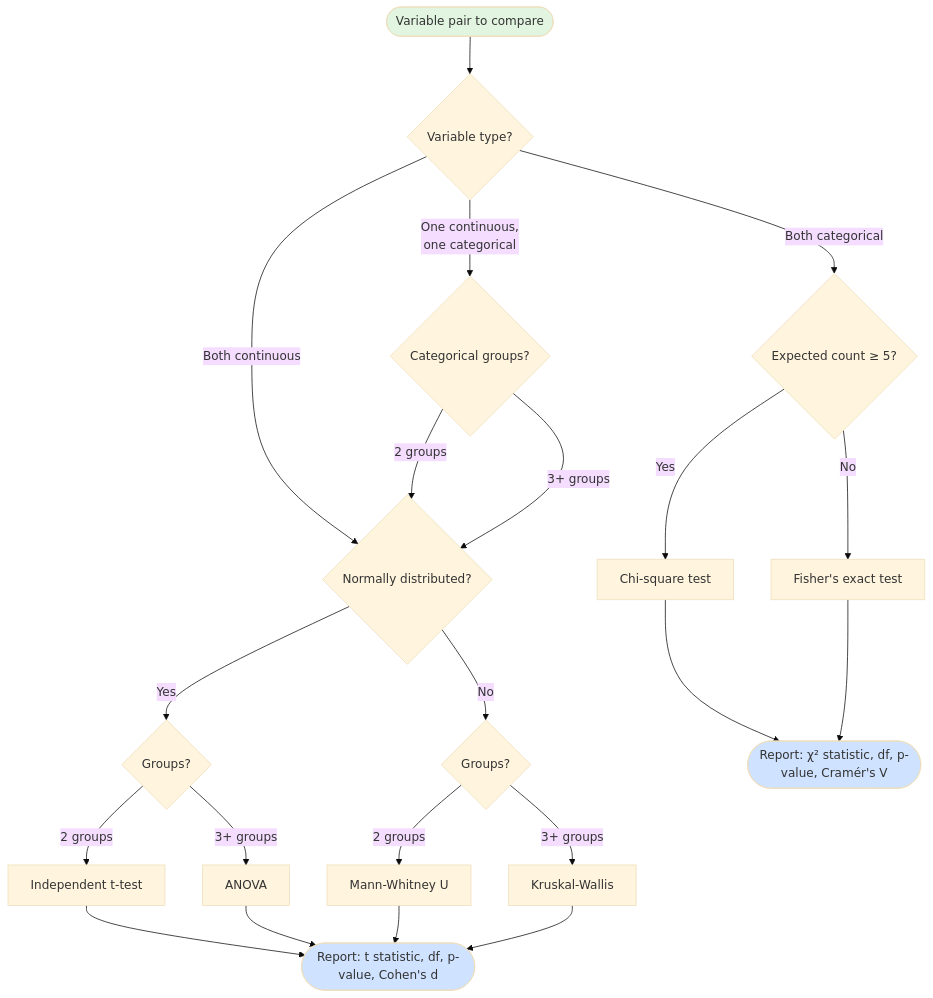
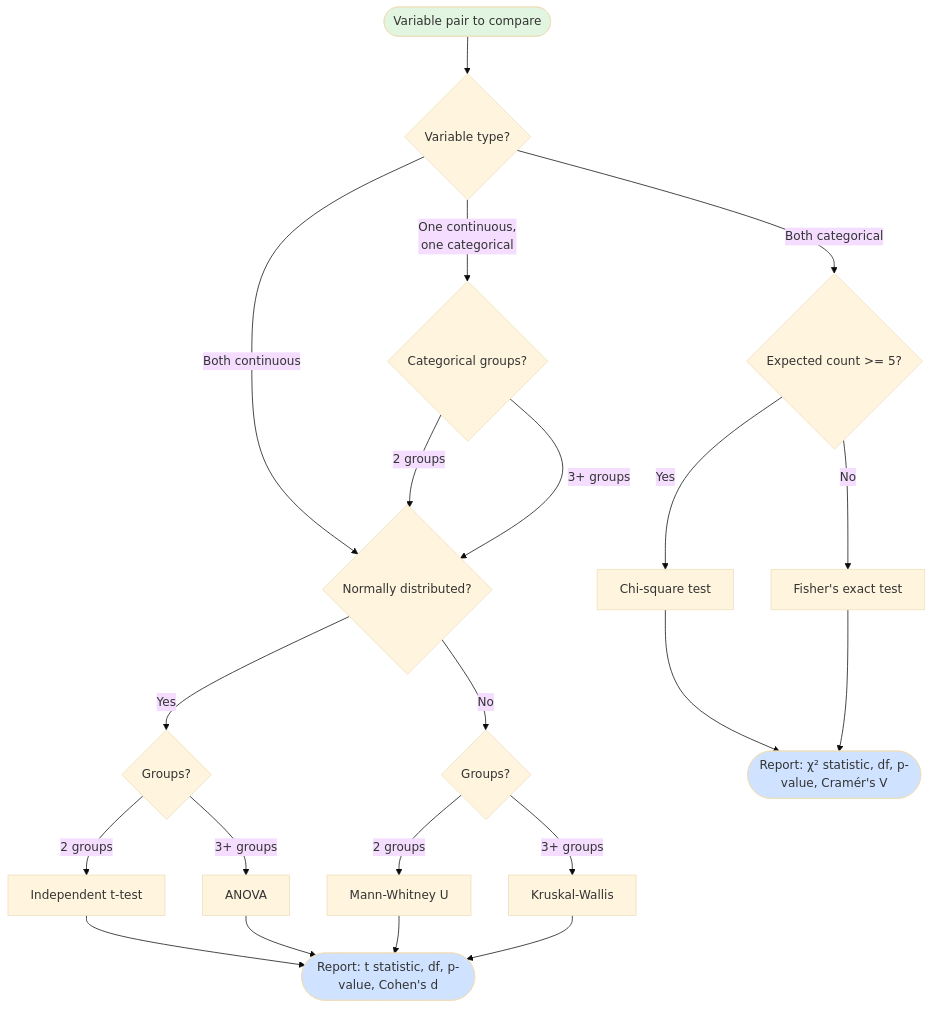
Before and after one commit to sbalci/ClinicoPathJamoviModule: the third of 11 diagrams in tutorials/VISUAL_DIAGRAMS.md, drawn with Mermaid (base theme). The commit also changed other lines of this file and 736 other files, not shown here.

````diff
--- a/tutorials/VISUAL_DIAGRAMS.md
+++ b/tutorials/VISUAL_DIAGRAMS.md
@@ -119,31 +119,31 @@
 ```mermaid
 flowchart TD
     Start([Variable pair to compare]) --> A{Variable type?}
 
     A -->|Both continuous| B{Normally distributed?}
     B -->|Yes| C{Groups?}
     C -->|2 groups| D[Independent t-test]
     C -->|3+ groups| E[ANOVA]
     B -->|No| F{Groups?}
     F -->|2 groups| G[Mann-Whitney U]
     F -->|3+ groups| H[Kruskal-Wallis]
 
-    A -->|Both categorical| I{Expected count ≥ 5?}
+    A -->|Both categorical| I{Expected count >= 5?}
     I -->|Yes| J[Chi-square test]
     I -->|No| K[Fisher's exact test]
 
     A -->|One continuous,<br/>one categorical| L{Categorical groups?}
     L -->|2 groups| B
     L -->|3+ groups| B
 
     D --> Result([Report: t statistic, df, p-value, Cohen's d])
     E --> Result
     G --> Result
     H --> Result
     J --> Result2([Report: χ² statistic, df, p-value, Cramér's V])
     K --> Result2
 
     style Start fill:#e1f5e1
     style Result fill:#cfe2ff
     style Result2 fill:#cfe2ff
 ```
````
